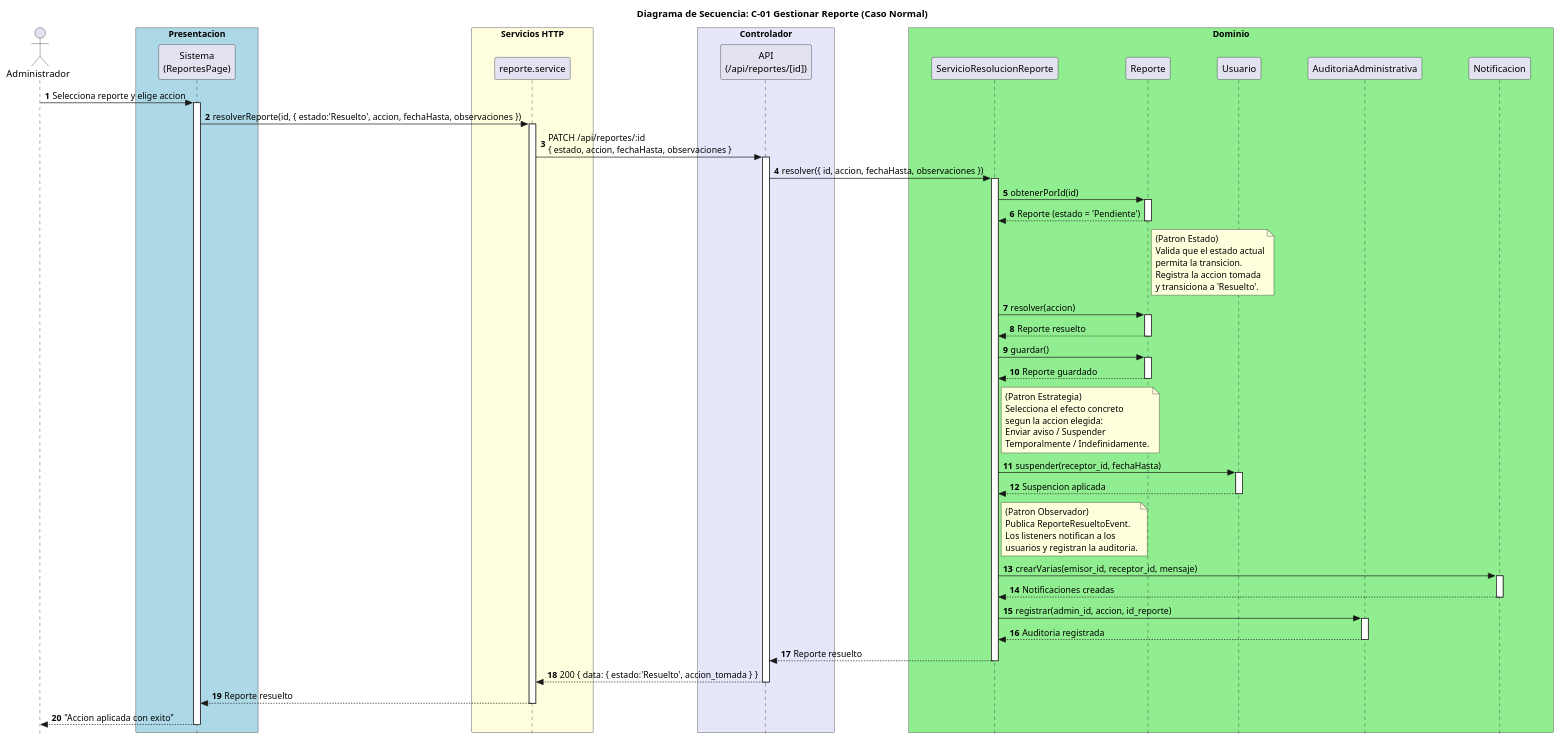
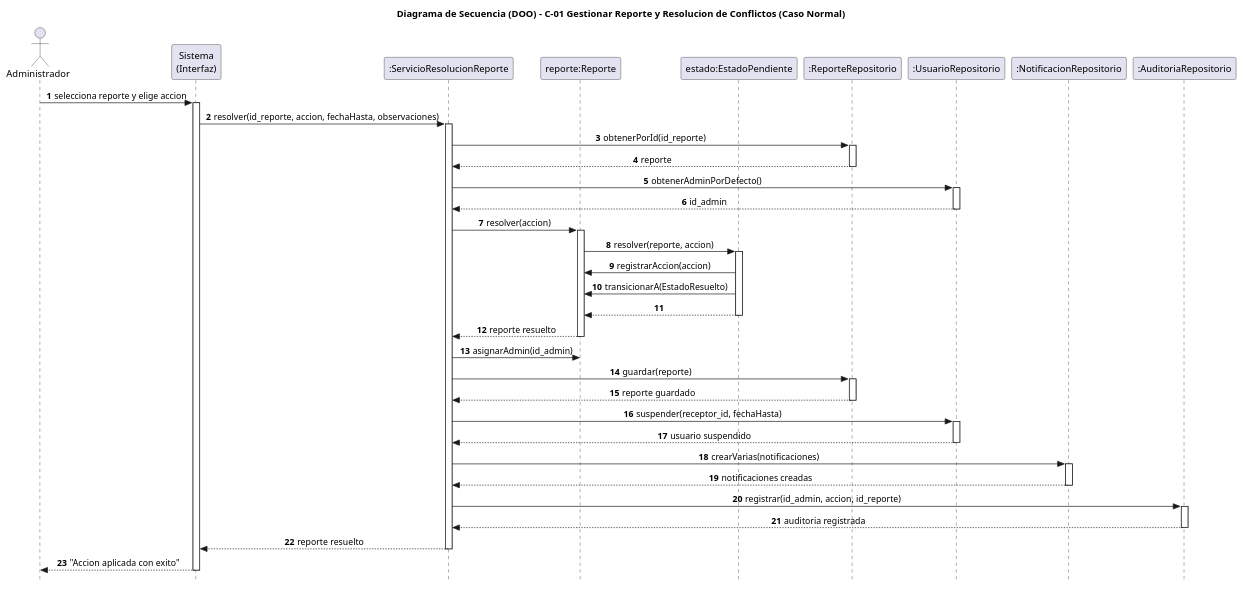
One commit to SantiagoScetti/sic-unne-admin changed the diagram in docs/puml/actualizacion_claude/C-01 Gestionar Reporte (Caso Normal).puml. Above: the diagram before and after it, drawn with PlantUML. The commit also changed 49 other files, not shown here.

Commit message:
Código: un solo patrón (Estado), legacy borrado, 38 tests pasando. Diagramas de secuencia DOO + trazabilidad, diagrama de clases con recuadro, mapa del repo, README de tests

```diff
--- a/docs/puml/actualizacion_claude/C-01 Gestionar Reporte (Caso Normal).puml
+++ b/docs/puml/actualizacion_claude/C-01 Gestionar Reporte (Caso Normal).puml
@@ -1,104 +1,77 @@
 @startuml
+title Diagrama de Secuencia (DOO) - C-01 Gestionar Reporte y Resolucion de Conflictos (Caso Normal)
 
-title Diagrama de Secuencia: C-01 Gestionar Reporte (Caso Normal)
+' Estilo orientado a objetos: lineas de vida = objetos del dominio.
+' No se muestran capas tecnicas (frontend/backend/DB) ni HTTP ni SQL.
+' La flecha Interfaz -> ServicioResolucionReporte se realiza en el codigo via
+' reporteApi.resolverReporte() + API Route + servicio.resolver() (plomeria, no se dibuja).
 
 skinparam style strictuml
-skinparam ParticipantPadding 30
-skinparam BoxPadding 12
-
+skinparam sequenceMessageAlign center
+hide footbox
 autonumber
 
-actor Administrador
+actor Administrador as Admin
 
-box "Presentacion" #LightBlue
-  participant "Sistema\n(ReportesPage)" as Interfaz
-end box
+participant "Sistema\n(Interfaz)"            as UI
+participant ":ServicioResolucionReporte"     as Serv
+participant "reporte:Reporte"                as Rep
+participant "estado:EstadoPendiente"         as Est
+participant ":ReporteRepositorio"            as RepoR
+participant ":UsuarioRepositorio"            as RepoU
+participant ":NotificacionRepositorio"       as RepoN
+participant ":AuditoriaRepositorio"          as RepoA
 
-box "Servicios HTTP" #LightYellow
-  participant "reporte.service" as Service
-end box
+Admin -> UI : selecciona reporte y elige accion
+activate UI
+UI -> Serv : resolver(id_reporte, accion, fechaHasta, observaciones)
+activate Serv
 
-box "Controlador" #Lavender
-  participant "API\n(/api/reportes/[id])" as API
-end box
+Serv -> RepoR : obtenerPorId(id_reporte)
+activate RepoR
+RepoR --> Serv : reporte
+deactivate RepoR
 
-box "Dominio" #LightGreen
-  participant "ServicioResolucionReporte" as Servicio
-  participant "Reporte"                   as Reporte
-  participant "Usuario"                   as Usuario
-  participant "AuditoriaAdministrativa"   as Auditoria
-  participant "Notificacion"              as Notificacion
-end box
+Serv -> RepoU : obtenerAdminPorDefecto()
+activate RepoU
+RepoU --> Serv : id_admin
+deactivate RepoU
 
-Administrador -> Interfaz: Selecciona reporte y elige accion
-activate Interfaz
-Interfaz -> Service: resolverReporte(id, { estado:'Resuelto', accion, fechaHasta, observaciones })
-activate Service
-Service -> API: PATCH /api/reportes/:id\n{ estado, accion, fechaHasta, observaciones }
-activate API
-API -> Servicio: resolver({ id, accion, fechaHasta, observaciones })
-activate Servicio
+Serv -> Rep : resolver(accion)
+activate Rep
+Rep -> Est : resolver(reporte, accion)
+activate Est
+Est -> Rep : registrarAccion(accion)
+Est -> Rep : transicionarA(EstadoResuelto)
+Est --> Rep
+deactivate Est
+Rep --> Serv : reporte resuelto
+deactivate Rep
 
-Servicio -> Reporte: obtenerPorId(id)
-activate Reporte
-Reporte --> Servicio: Reporte (estado = 'Pendiente')
-deactivate Reporte
+Serv -> Rep : asignarAdmin(id_admin)
+Serv -> RepoR : guardar(reporte)
+activate RepoR
+RepoR --> Serv : reporte guardado
+deactivate RepoR
 
-note right of Reporte
-  (Patron Estado)
-  Valida que el estado actual
-  permita la transicion.
-  Registra la accion tomada
-  y transiciona a 'Resuelto'.
-end note
+Serv -> RepoU : suspender(receptor_id, fechaHasta)
+activate RepoU
+RepoU --> Serv : usuario suspendido
+deactivate RepoU
 
-Servicio -> Reporte: resolver(accion)
-activate Reporte
-Reporte --> Servicio: Reporte resuelto
-deactivate Reporte
+Serv -> RepoN : crearVarias(notificaciones)
+activate RepoN
+RepoN --> Serv : notificaciones creadas
+deactivate RepoN
 
-Servicio -> Reporte: guardar()
-activate Reporte
-Reporte --> Servicio: Reporte guardado
-deactivate Reporte
+Serv -> RepoA : registrar(id_admin, accion, id_reporte)
+activate RepoA
+RepoA --> Serv : auditoria registrada
+deactivate RepoA
 
-note right of Servicio
-  (Patron Estrategia)
-  Selecciona el efecto concreto
-  segun la accion elegida:
-  Enviar aviso / Suspender
-  Temporalmente / Indefinidamente.
-end note
-
-Servicio -> Usuario: suspender(receptor_id, fechaHasta)
-activate Usuario
-Usuario --> Servicio: Suspencion aplicada
-deactivate Usuario
-
-note right of Servicio
-  (Patron Observador)
-  Publica ReporteResueltoEvent.
-  Los listeners notifican a los
-  usuarios y registran la auditoria.
-end note
-
-Servicio -> Notificacion: crearVarias(emisor_id, receptor_id, mensaje)
-activate Notificacion
-Notificacion --> Servicio: Notificaciones creadas
-deactivate Notificacion
-
-Servicio -> Auditoria: registrar(admin_id, accion, id_reporte)
-activate Auditoria
-Auditoria --> Servicio: Auditoria registrada
-deactivate Auditoria
-
-Servicio --> API: Reporte resuelto
-deactivate Servicio
-API --> Service: 200 { data: { estado:'Resuelto', accion_tomada } }
-deactivate API
-Service --> Interfaz: Reporte resuelto
-deactivate Service
-Interfaz --> Administrador: "Accion aplicada con exito"
-deactivate Interfaz
+Serv --> UI : reporte resuelto
+deactivate Serv
+UI --> Admin : "Accion aplicada con exito"
+deactivate UI
 
 @enduml
```
